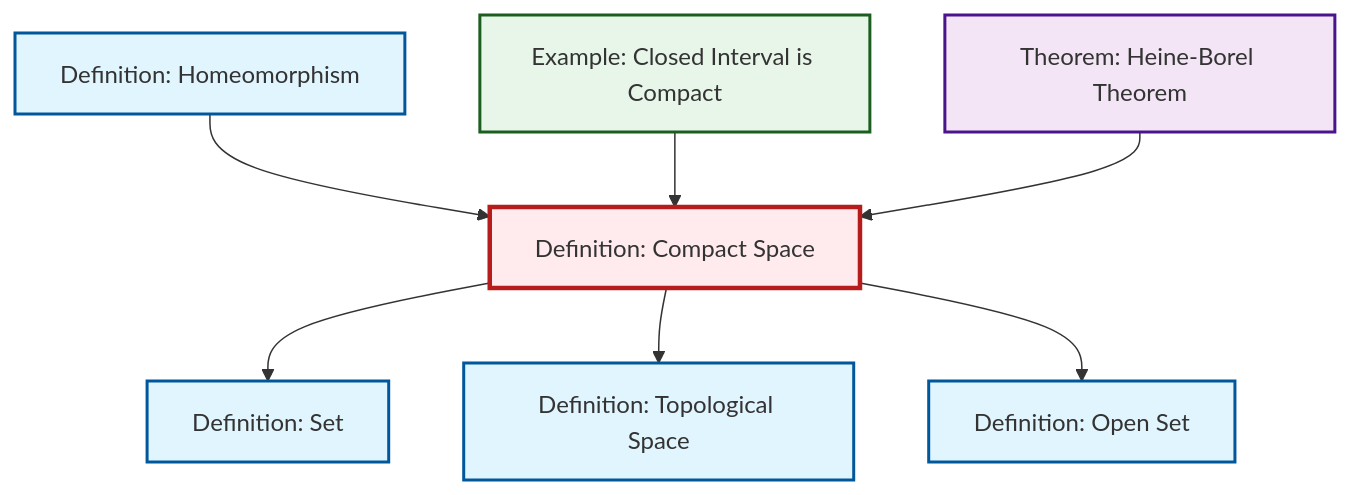
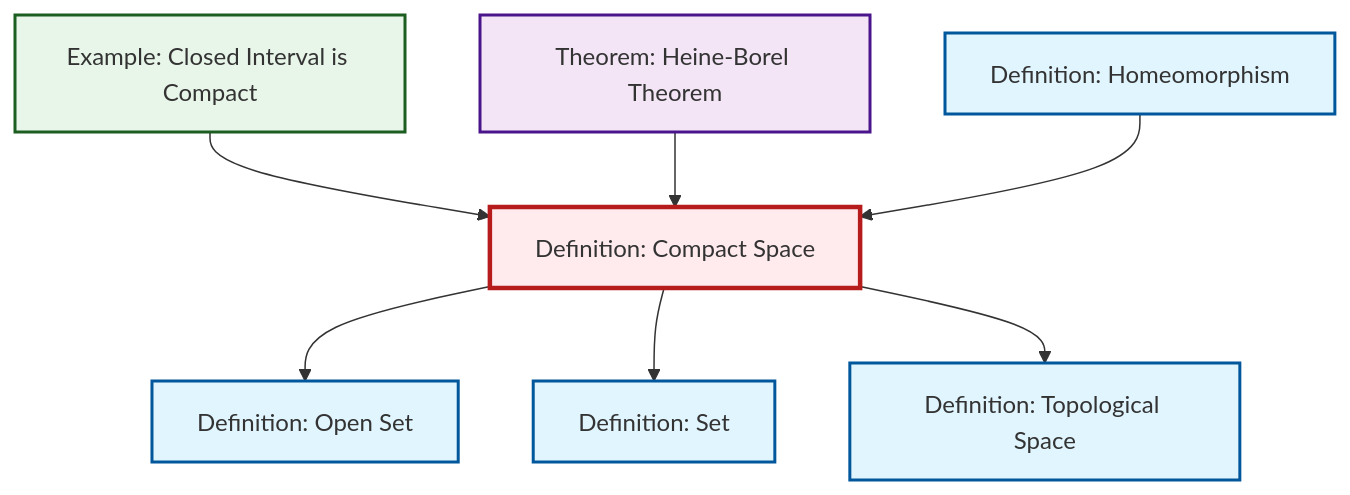
Before and after one commit to RK0429/ModernMath: the diagram in content/ja/topology/def-compact.qmd, drawn with Mermaid. The commit also changed other lines of this file and 360 other files, not shown here.

````diff
--- a/content/ja/topology/def-compact.qmd
+++ b/content/ja/topology/def-compact.qmd
@@ -49,29 +49,29 @@
 ```{mermaid}
 %%| fig-cap: "Local dependency graph"
 graph TD
     classDef definition fill:#e1f5fe,stroke:#01579b,stroke-width:2px
     classDef theorem fill:#f3e5f5,stroke:#4a148c,stroke-width:2px
     classDef axiom fill:#fff3e0,stroke:#e65100,stroke-width:2px
     classDef example fill:#e8f5e9,stroke:#1b5e20,stroke-width:2px
     classDef current fill:#ffebee,stroke:#b71c1c,stroke-width:3px
+    thm-heine-borel["Theorem: Heine-Borel Theorem"]:::theorem
+    def-open-set["Definition: Open Set"]:::definition
     def-topological-space["Definition: Topological Space"]:::definition
-    def-open-set["Definition: Open Set"]:::definition
     def-compact["Definition: Compact Space"]:::definition
+    def-homeomorphism["Definition: Homeomorphism"]:::definition
     ex-closed-interval-compact["Example: Closed Interval is Compact"]:::example
-    thm-heine-borel["Theorem: Heine-Borel Theorem"]:::theorem
-    def-homeomorphism["Definition: Homeomorphism"]:::definition
     def-set["Definition: Set"]:::definition
+    def-compact --> def-open-set
+    ex-closed-interval-compact --> def-compact
+    thm-heine-borel --> def-compact
     def-compact --> def-set
     def-homeomorphism --> def-compact
     def-compact --> def-topological-space
-    ex-closed-interval-compact --> def-compact
-    def-compact --> def-open-set
-    thm-heine-borel --> def-compact
     class def-compact current
+    click thm-heine-borel "thm-heine-borel.html" "Theorem: Heine-Borel Theoremへ"
+    click def-open-set "def-open-set.html" "Definition: Open Setへ"
     click def-topological-space "def-topological-space.html" "Definition: Topological Spaceへ"
-    click def-open-set "def-open-set.html" "Definition: Open Setへ"
+    click def-homeomorphism "def-homeomorphism.html" "Definition: Homeomorphismへ"
     click ex-closed-interval-compact "ex-closed-interval-compact.html" "Example: Closed Interval is Compactへ"
-    click thm-heine-borel "thm-heine-borel.html" "Theorem: Heine-Borel Theoremへ"
-    click def-homeomorphism "def-homeomorphism.html" "Definition: Homeomorphismへ"
     click def-set "def-set.html" "Definition: Setへ"
 ```
````
